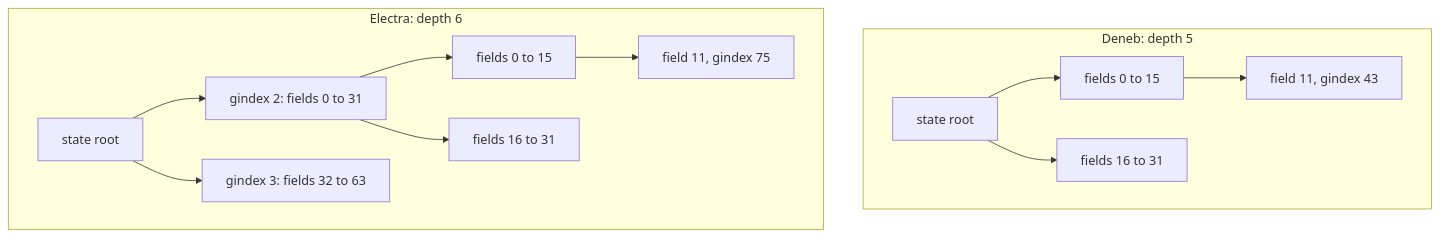
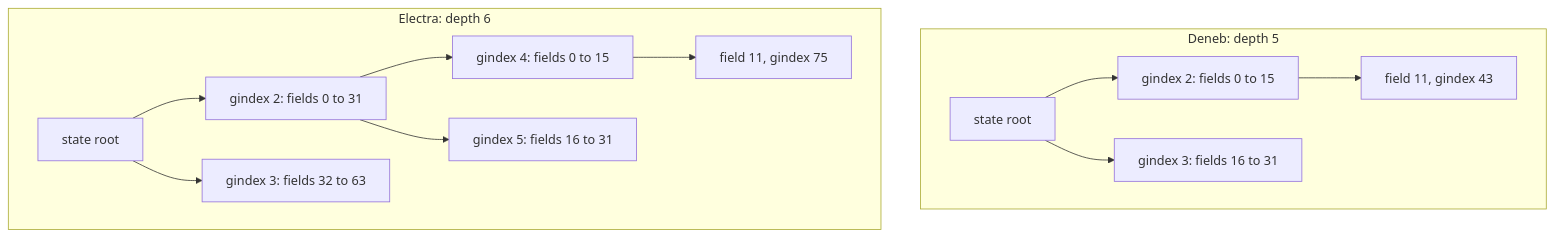
One commit to rya-sge/access-denied changed the second of 6 diagrams in _posts/2026-11-04-beacon-state-proofs-hard-fork-deneb-to-gloas.md. Above: the diagram before and after it, drawn with Mermaid. The commit also changed other lines of this file and 24 other files, not shown here.

````diff
--- a/_posts/2026-11-04-beacon-state-proofs-hard-fork-deneb-to-gloas.md
+++ b/_posts/2026-11-04-beacon-state-proofs-hard-fork-deneb-to-gloas.md
@@ -272,15 +286,15 @@
 ```mermaid
 flowchart TD
     subgraph DENEB["Deneb: depth 5"]
-        DR["state root"] --> DA["fields 0 to 15"]
-        DR --> DB["fields 16 to 31"]
+        DR["state root"] --> DA["gindex 2: fields 0 to 15"]
+        DR --> DB["gindex 3: fields 16 to 31"]
         DA --> DV["field 11, gindex 43"]
     end
     subgraph ELECTRA["Electra: depth 6"]
         ER["state root"] --> EL["gindex 2: fields 0 to 31"]
         ER --> EH["gindex 3: fields 32 to 63"]
-        EL --> EA["fields 0 to 15"]
-        EL --> EB["fields 16 to 31"]
+        EL --> EA["gindex 4: fields 0 to 15"]
+        EL --> EB["gindex 5: fields 16 to 31"]
         EA --> EV["field 11, gindex 75"]
     end
 ```
````
